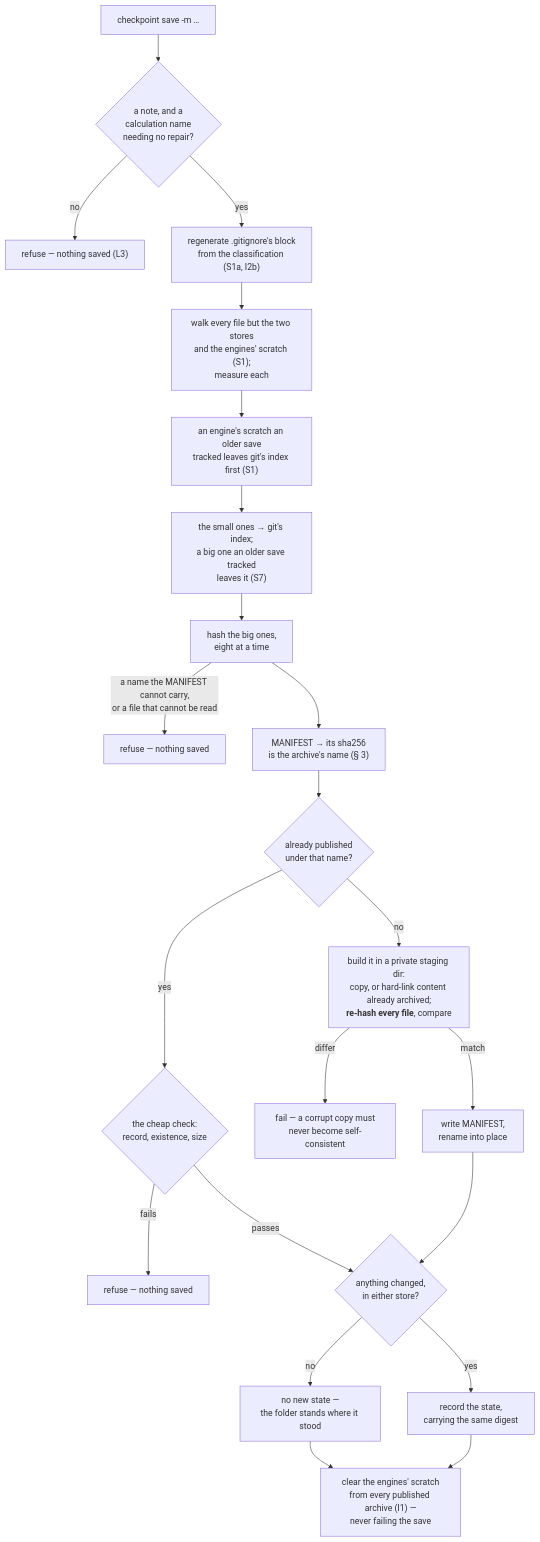
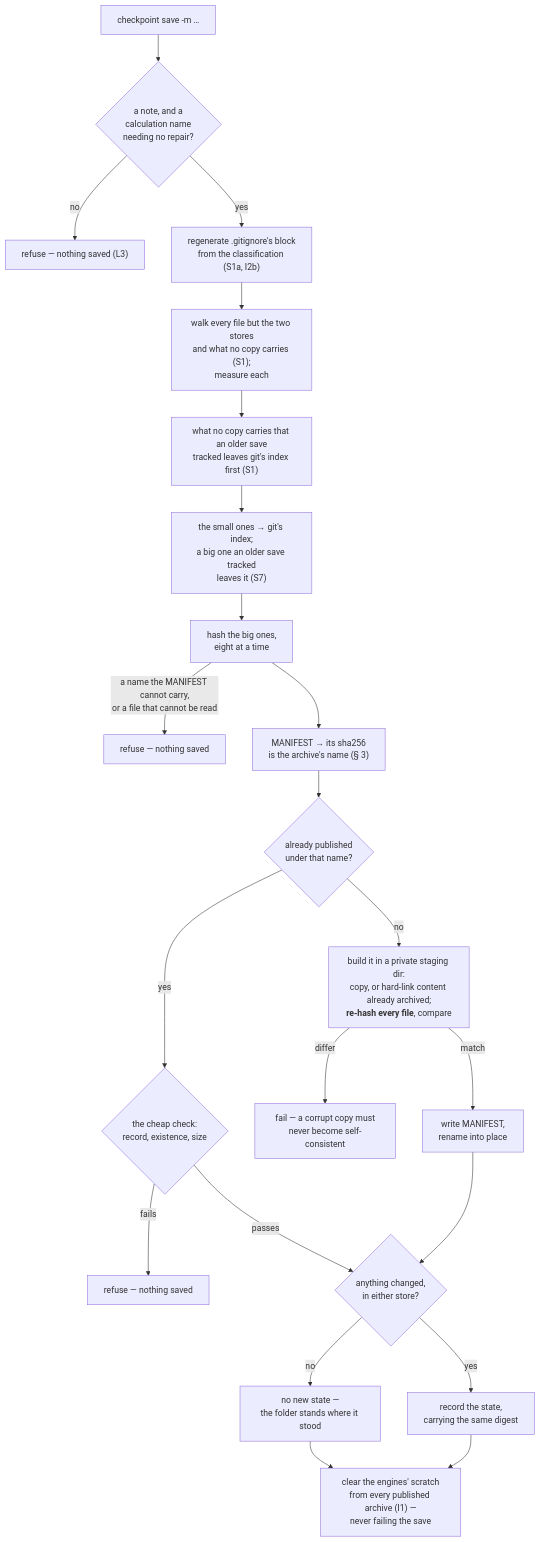
Before and after one commit to Qing-LAB/molbuilder: the third of 5 diagrams in docs/execution/checkpointing.md, drawn with Mermaid. The commit also changed other lines of this file and 30 other files, not shown here.

````diff
--- a/docs/execution/checkpointing.md
+++ b/docs/execution/checkpointing.md
@@ -459,24 +473,24 @@
 ```mermaid
 flowchart TB
     S["checkpoint save -m …"] --> N{"a note, and a<br/>calculation name<br/>needing no repair?"}
     N -->|"no"| X0["refuse — nothing saved (L3)"]
     N -->|"yes"| R["regenerate .gitignore's block<br/>from the classification (S1a, I2b)"]
-    R --> M["walk every file but the two stores<br/>and the engines' scratch (S1);<br/>measure each"]
-    M --> U["an engine's scratch an older save<br/>tracked leaves git's index first (S1)"]
+    R --> M["walk every file but the two stores<br/>and what no copy carries (S1);<br/>measure each"]
+    M --> U["what no copy carries that an older save<br/>tracked leaves git's index first (S1)"]
     U --> GT["the small ones → git's index;<br/>a big one an older save tracked<br/>leaves it (S7)"]
     GT --> H["hash the big ones,<br/>eight at a time"]
     H -->|"a name the MANIFEST cannot carry,<br/>or a file that cannot be read"| X1["refuse — nothing saved"]
     H --> D["MANIFEST → its sha256<br/>is the archive's name (§ 3)"]
     D --> P{"already published<br/>under that name?"}
     P -->|"yes"| CK{"the cheap check:<br/>record, existence, size"}
     CK -->|"fails"| X2["refuse — nothing saved"]
     CK -->|"passes"| Q
     P -->|"no"| B["build it in a private staging dir:<br/>copy, or hard-link content already archived;<br/><b>re-hash every file</b>, compare"]
     B -->|"differ"| X3["fail — a corrupt copy must<br/>never become self-consistent"]
     B -->|"match"| W["write MANIFEST,<br/>rename into place"]
     W --> Q{"anything changed,<br/>in either store?"}
     Q -->|"no"| SAME["no new state —<br/>the folder stands where it stood"]
     Q -->|"yes"| C["record the state,<br/>carrying the same digest"]
     SAME --> PR["clear the engines' scratch<br/>from every published archive (I1) —<br/>never failing the save"]
     C --> PR
 ```
````
